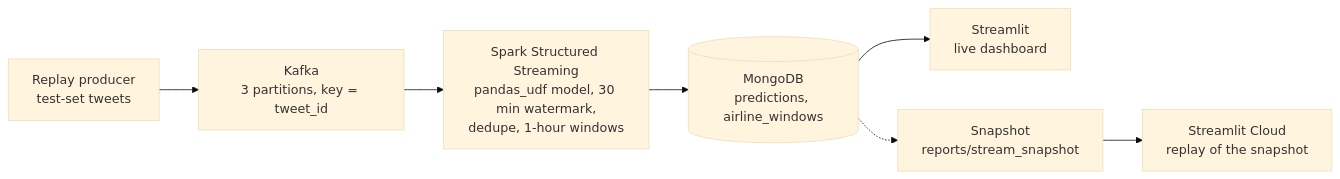
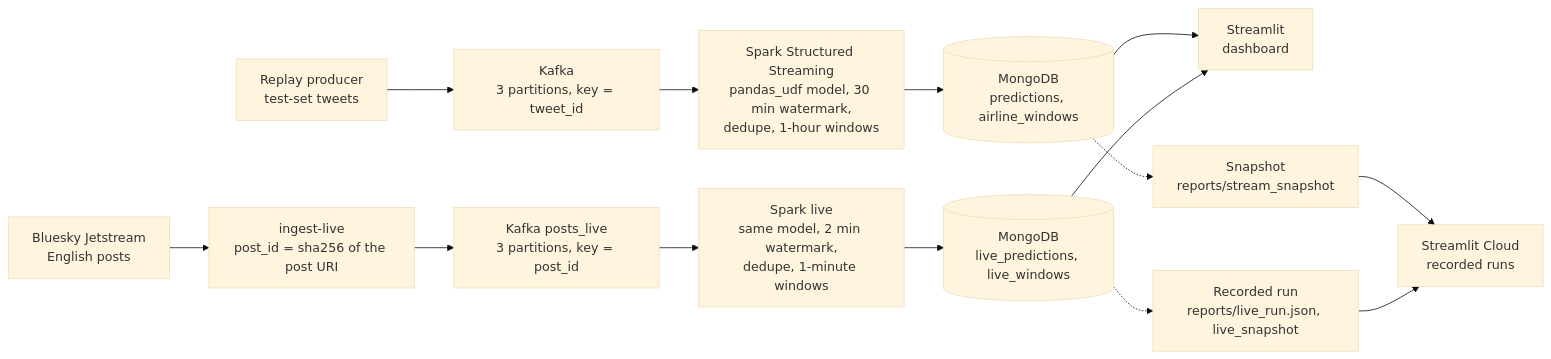
Before and after one commit to thanhtan2210/realtime-sentiment-streaming: the diagram in README.md, drawn with Mermaid (base theme). The commit also changed other lines of this file and 1 other file, not shown here.

````diff
--- a/README.md
+++ b/README.md
@@ -115,9 +150,16 @@
 ```mermaid
 flowchart LR
     P["Replay producer<br/>test-set tweets"] --> K["Kafka<br/>3 partitions, key = tweet_id"]
     K --> S["Spark Structured Streaming<br/>pandas_udf model, 30 min watermark,<br/>dedupe, 1-hour windows"]
     S --> M[("MongoDB<br/>predictions, airline_windows")]
-    M --> D["Streamlit<br/>live dashboard"]
+    M --> D["Streamlit<br/>dashboard"]
     M -.-> N["Snapshot<br/>reports/stream_snapshot"]
-    N --> C["Streamlit Cloud<br/>replay of the snapshot"]
+    N --> C["Streamlit Cloud<br/>recorded runs"]
+    J["Bluesky Jetstream<br/>English posts"] --> I["ingest-live<br/>post_id = sha256 of the post URI"]
+    I --> KL["Kafka posts_live<br/>3 partitions, key = post_id"]
+    KL --> SL["Spark live<br/>same model, 2 min watermark,<br/>dedupe, 1-minute windows"]
+    SL --> ML[("MongoDB<br/>live_predictions, live_windows")]
+    ML --> D
+    ML -.-> R["Recorded run<br/>reports/live_run.json, live_snapshot"]
+    R --> C
 ```
````
